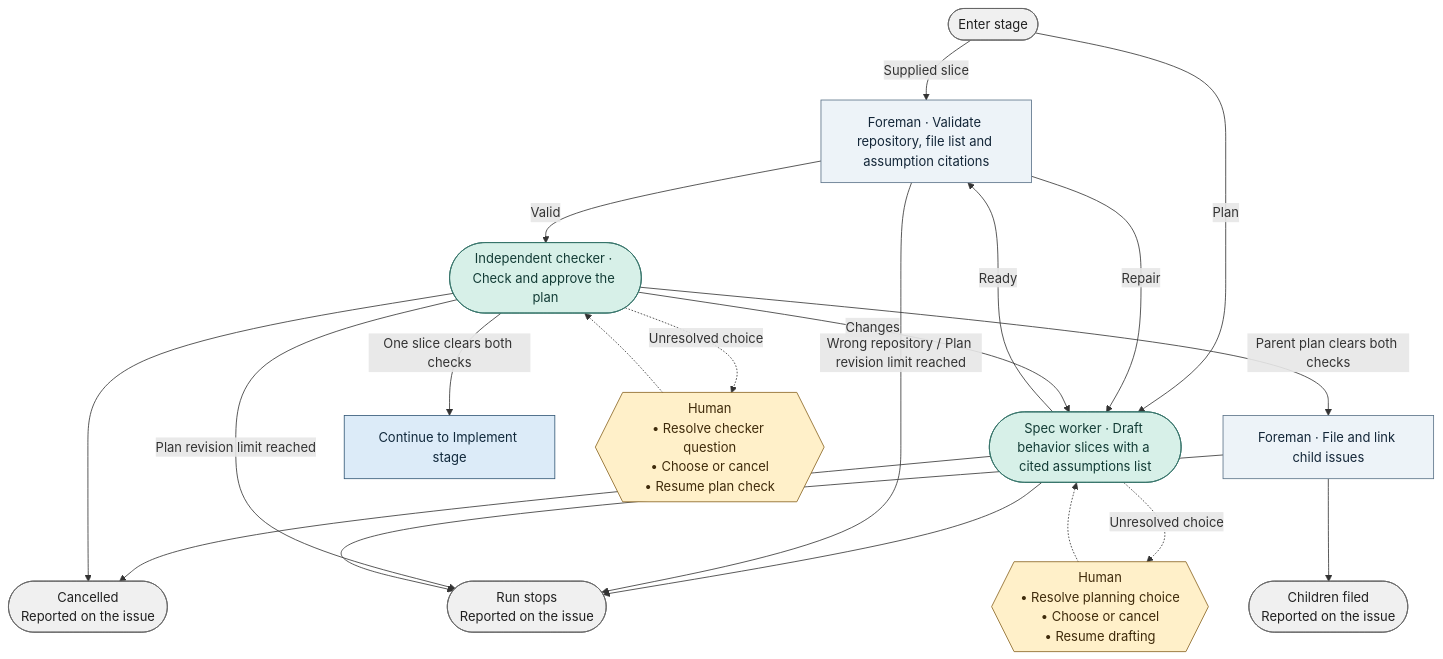
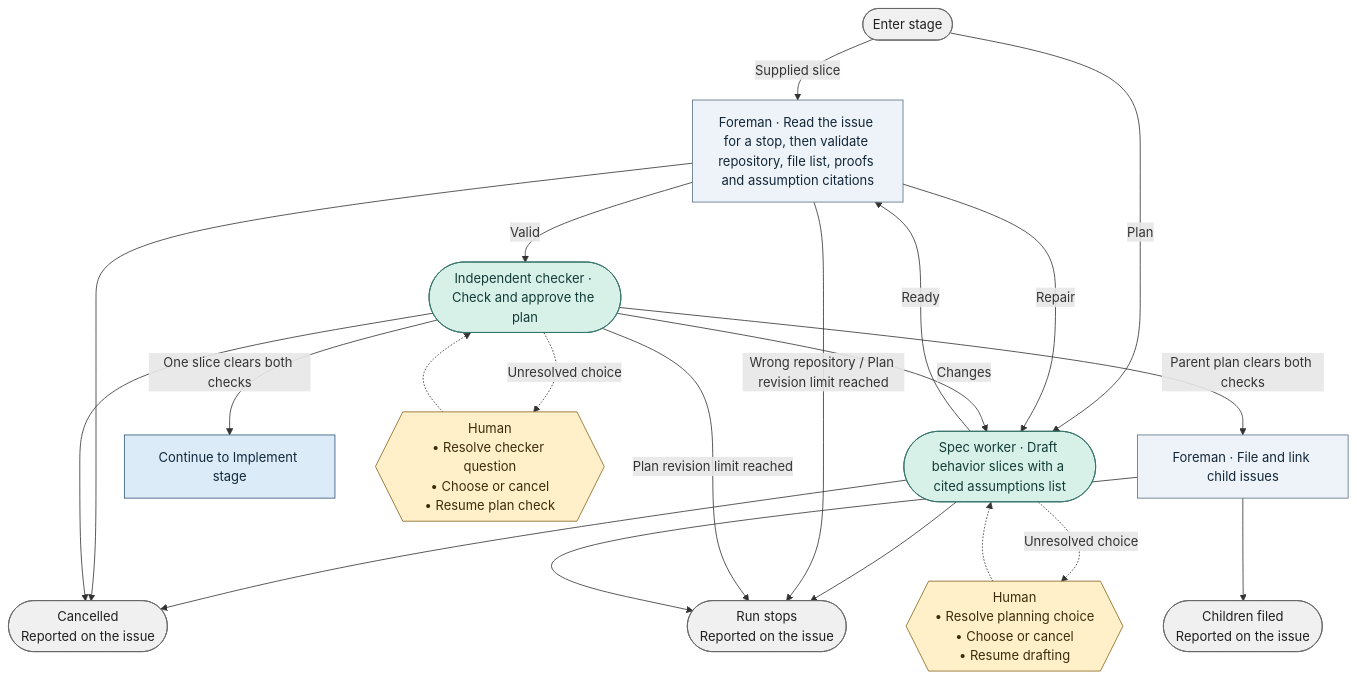
The diagram in docs/graph/blueprint/views/stages/spec.mmd (bookout-labs/tools), drawn with Mermaid before and after one commit. The commit also changed 34 other files, not shown here.

```diff
--- a/docs/graph/blueprint/views/stages/spec.mmd
+++ b/docs/graph/blueprint/views/stages/spec.mmd
@@ -1,36 +1,37 @@
 flowchart TD
     n0(["Enter stage"]):::terminal
     n1(["Spec worker · Draft behavior slices with a cited assumptions list"]):::worker
-    n2["Foreman · Validate repository, file list and assumption citations"]:::step
+    n2["Foreman · Read the issue for a stop, then validate repository, file list, proofs and assumption citations"]:::step
     n3(["Independent checker · Check and approve the plan"]):::worker
     n4["Foreman · File and link child issues"]:::step
     n5(["Cancelled<br/>Reported on the issue"]):::terminal
     n6(["Run stops<br/>Reported on the issue"]):::terminal
     n7["Continue to Implement stage"]:::stage
     n8(["Children filed<br/>Reported on the issue"]):::terminal
     n9{{"Human<br/>• Resolve planning choice<br/>• Choose or cancel<br/>• Resume drafting"}}:::gate
     n10{{"Human<br/>• Resolve checker question<br/>• Choose or cancel<br/>• Resume plan check"}}:::gate
     n0 -->|"Supplied slice"| n2
     n0 -->|"Plan"| n1
     n1 -->|"Ready"| n2
     n1 --> n5
     n1 --> n6
     n2 -->|"Wrong repository / Plan revision limit reached"| n6
+    n2 --> n5
     n2 -->|"Repair"| n1
     n2 -->|"Valid"| n3
     n3 -->|"Plan revision limit reached"| n6
     n3 -->|"Changes"| n1
     n3 --> n5
     n3 -->|"One slice clears both checks"| n7
     n3 -->|"Parent plan clears both checks"| n4
     n4 --> n8
     n4 --> n6
     n1 -.->|"Unresolved choice"| n9
     n9 -.-> n1
     n3 -.->|"Unresolved choice"| n10
     n10 -.-> n3
     classDef stage fill:#dcebf8,stroke:#315675,color:#10283b
     classDef step fill:#edf3f8,stroke:#597187,color:#132638
     classDef worker fill:#d7f0e8,stroke:#357369,color:#133c36
     classDef gate fill:#fff0c9,stroke:#89641f,color:#3f2b0b
     classDef terminal fill:#f0f0f0,stroke:#666666,color:#202020
```
